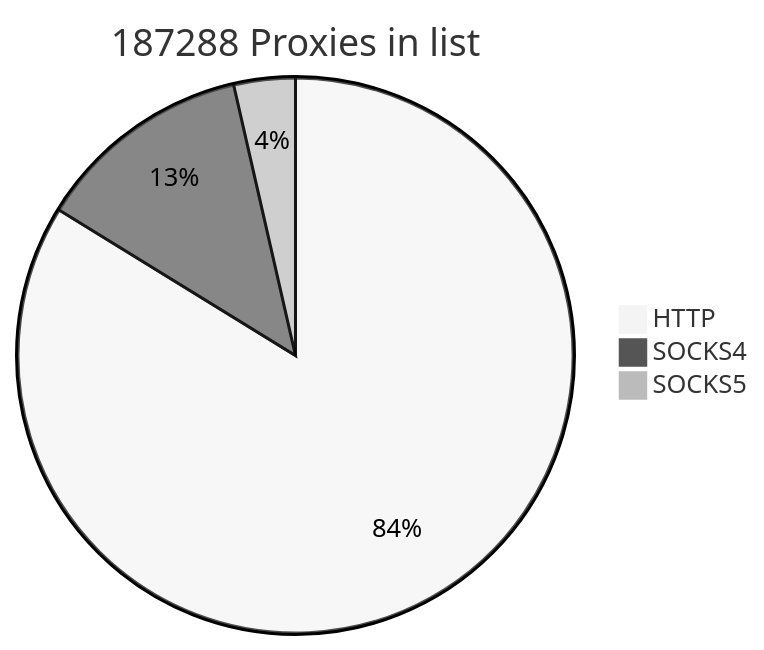
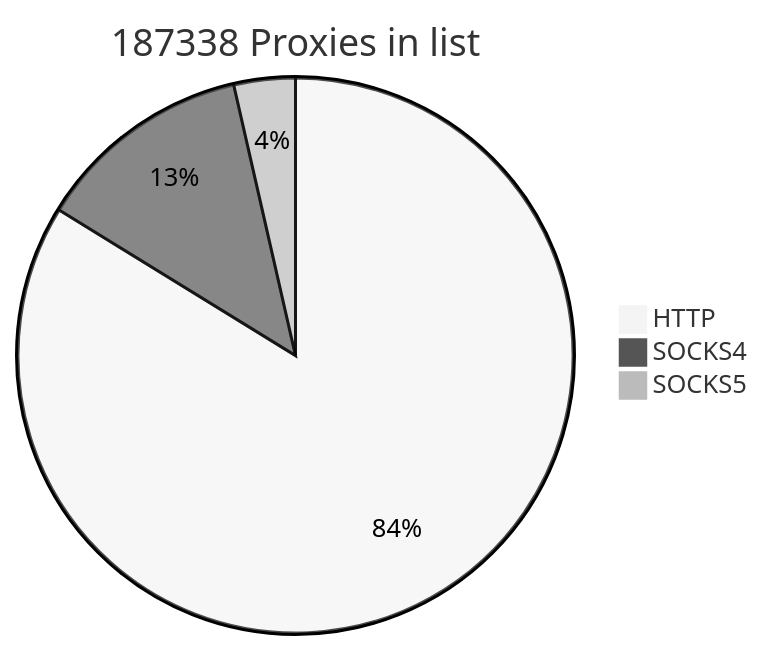
The first of 2 diagrams in README.md (cutipu/proxylist), drawn with Mermaid (neutral theme) before and after one commit. The commit also changed other lines of this file, not shown here.

````diff
--- a/README.md
+++ b/README.md
@@ -2,7 +2,7 @@
 ```mermaid
-pie title 187288 Proxies in list
-    "HTTP" : 156907
-    "SOCKS4" : 23685
-    "SOCKS5" : 6696
+pie title 187338 Proxies in list
+    "HTTP" : 156962
+    "SOCKS4" : 23684
+    "SOCKS5" : 6692
             
 ```
````
